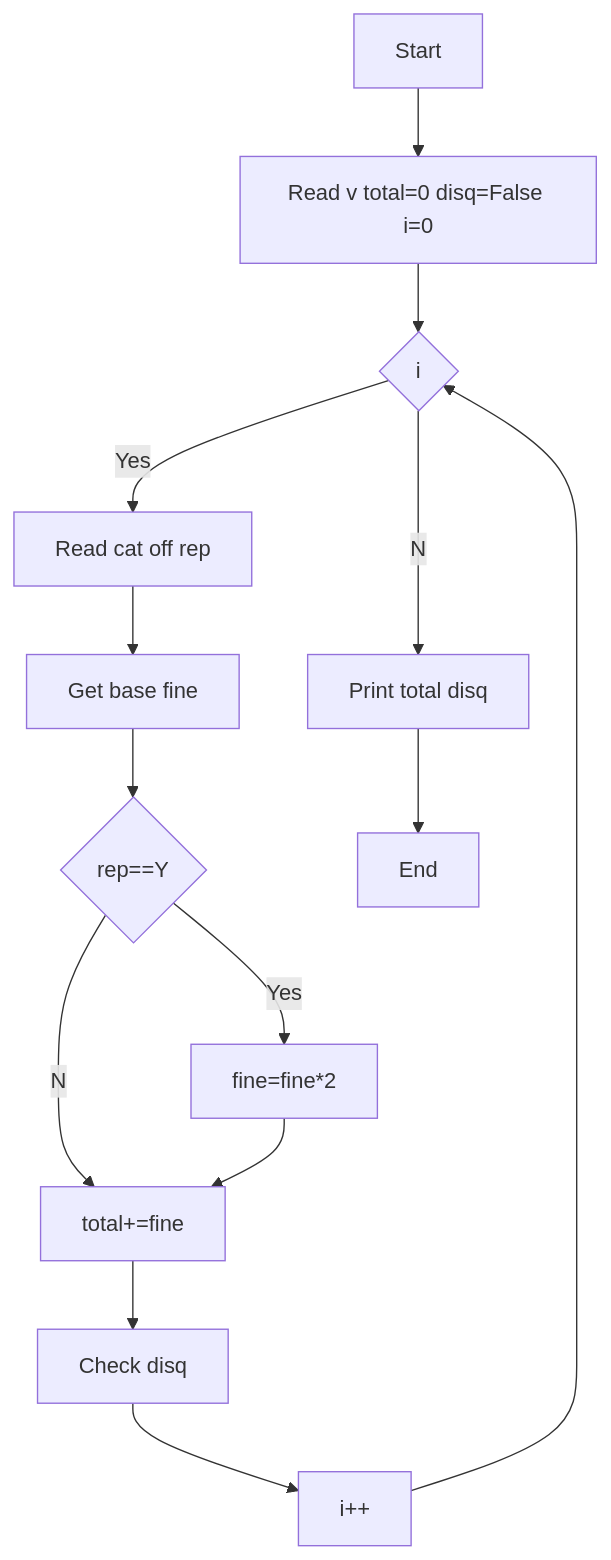
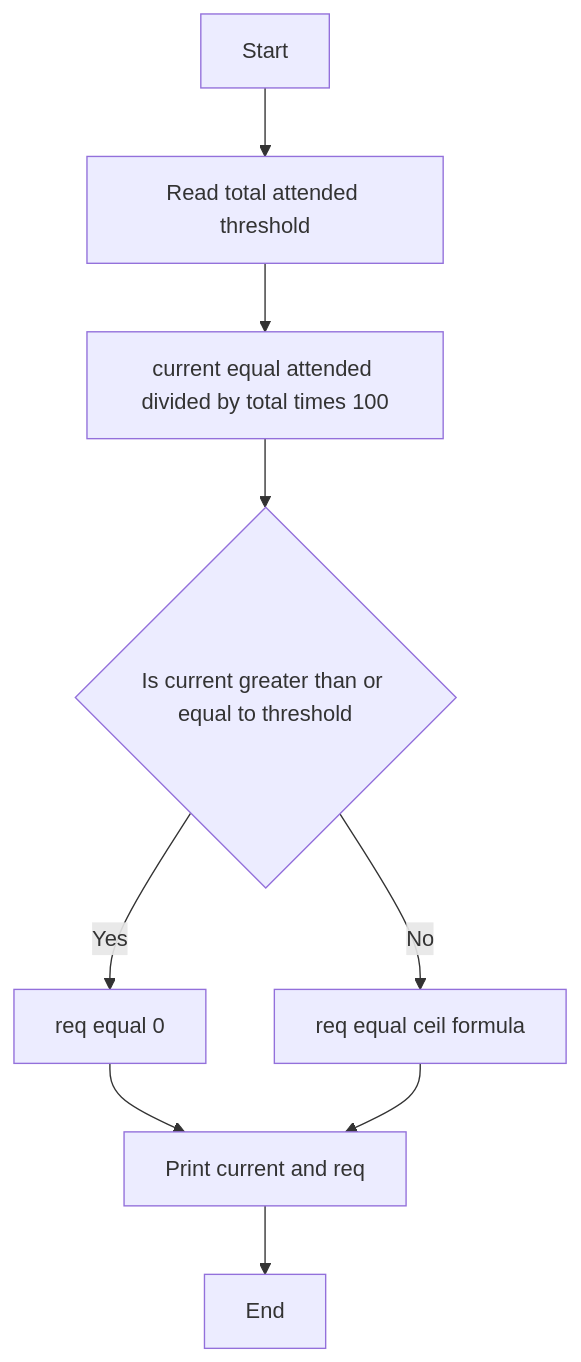
Before and after one commit to bhanusritirumala709-source/python-activity-Based-learning: the diagram in task1/code.md, drawn with Mermaid. The commit also changed other lines of this file, not shown here.

````diff
--- a/task1/code.md
+++ b/task1/code.md
@@ -6,16 +19,11 @@
 ```mermaid
 flowchart TD
-    A[Start]-->B[Read v total=0 disq=False i=0]
-    B-->C{i<v}
-    C--Yes-->D[Read cat off rep]
-    D-->E[Get base fine]
-    E-->F{rep==Y}
-    F--Yes-->G[fine=fine*2]
-    F--No-->H[total+=fine]
-    G-->H
-    H-->I[Check disq]
-    I-->J[i++]
-    J-->C
-    C--No-->K[Print total disq]
-    K-->L[End]
+    A[Start] --> B[Read total attended threshold]
+    B --> C[current equal attended divided by total times 100]
+    C --> D{Is current greater than or equal to threshold}
+    D -- Yes --> E[req equal 0]
+    D -- No --> F[req equal ceil formula]
+    E --> G[Print current and req]
+    F --> G
+    G --> H[End]
 ```
````
